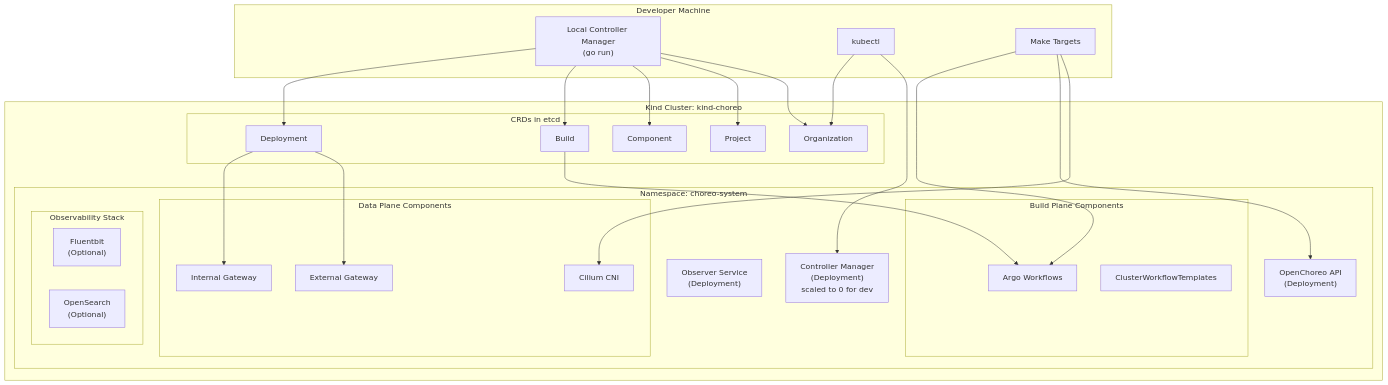
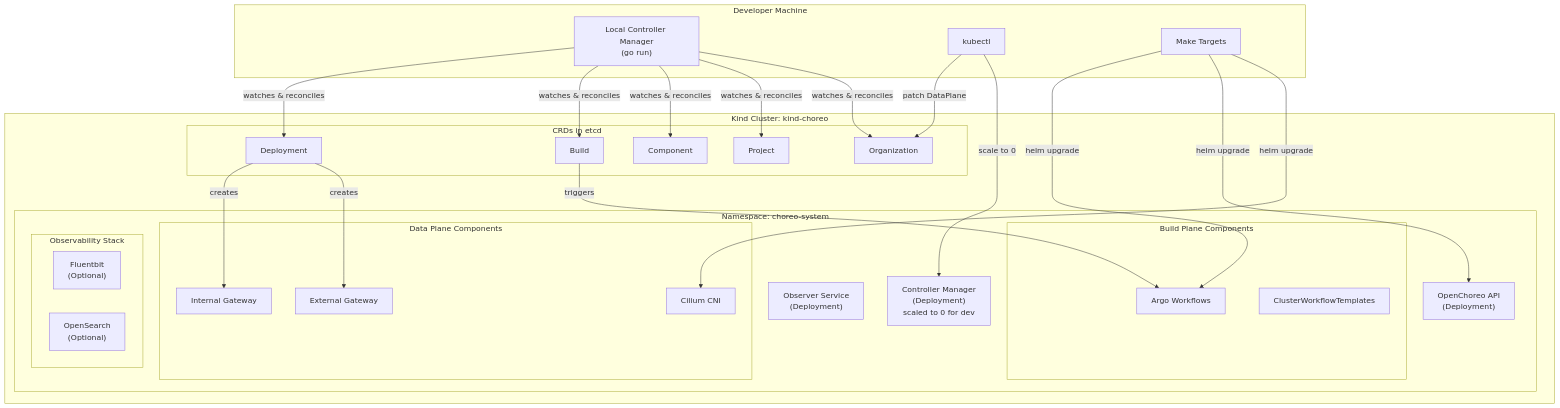
Before and after one commit to openchoreo/openchoreo: the first of 5 diagrams in docs/deepwiki/Development-Environment-Setup.md, drawn with Mermaid. The commit also changed other lines of this file and 85 other files, not shown here.

Commit message:
feat: Add new workflow and specification templates, update Helm chart dependencies, and clarify documentation diagrams.

````diff
--- a/docs/deepwiki/Development-Environment-Setup.md
+++ b/docs/deepwiki/Development-Environment-Setup.md
@@ -60,75 +60,75 @@
 ```mermaid
 flowchart TD
 
 FluentBit["Fluentbit<br>(Optional)"]
 OpenSearch["OpenSearch<br>(Optional)"]
 LocalCtrl["Local Controller Manager<br>(go run)"]
 Kubectl["kubectl"]
 Make["Make Targets"]
 API["OpenChoreo API<br>(Deployment)"]
 Observer["Observer Service<br>(Deployment)"]
 CtrlDepl["Controller Manager<br>(Deployment)<br>scaled to 0 for dev"]
 Cilium["Cilium CNI"]
 ExtGW["External Gateway"]
 IntGW["Internal Gateway"]
 Argo["Argo Workflows"]
 WFTemplates["ClusterWorkflowTemplates"]
 Org["Organization"]
 Proj["Project"]
 Comp["Component"]
 Build["Build"]
 Deploy["Deployment"]
 
-LocalCtrl --> Org
-LocalCtrl --> Proj
-LocalCtrl --> Comp
-LocalCtrl --> Build
-LocalCtrl --> Deploy
-Make --> Cilium
-Make --> API
-Make --> Argo
-Kubectl --> CtrlDepl
-Kubectl --> Org
+LocalCtrl -->|"watches & reconciles"| Org
+LocalCtrl -->|"watches & reconciles"| Proj
+LocalCtrl -->|"watches & reconciles"| Comp
+LocalCtrl -->|"watches & reconciles"| Build
+LocalCtrl -->|"watches & reconciles"| Deploy
+Make -->|"helm upgrade"| Cilium
+Make -->|"helm upgrade"| API
+Make -->|"helm upgrade"| Argo
+Kubectl -->|"scale to 0"| CtrlDepl
+Kubectl -->|"patch DataPlane"| Org
 
 subgraph subGraph6 ["Kind Cluster: kind-choreo"]
-    Build --> Argo
-    Deploy --> ExtGW
-    Deploy --> IntGW
+    Build -->|"triggers"| Argo
+    Deploy -->|"creates"| ExtGW
+    Deploy -->|"creates"| IntGW
 
 subgraph subGraph5 ["CRDs in etcd"]
     Org
     Proj
     Comp
     Build
     Deploy
 end
 
 subgraph subGraph4 ["Namespace: choreo-system"]
     API
     Observer
     CtrlDepl
 
 subgraph subGraph2 ["Build Plane Components"]
     Argo
     WFTemplates
 end
 
 subgraph subGraph1 ["Data Plane Components"]
     Cilium
     ExtGW
     IntGW
 end
 
 subgraph subGraph3 ["Observability Stack"]
     FluentBit
     OpenSearch
 end
 end
 end
 
 subgraph subGraph0 ["Developer Machine"]
     LocalCtrl
     Kubectl
     Make
 end
 ```
````
